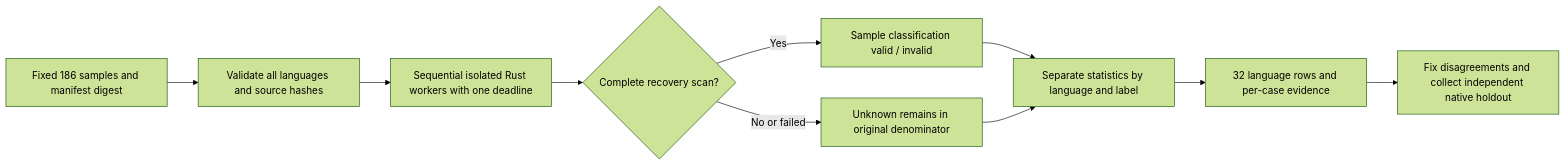
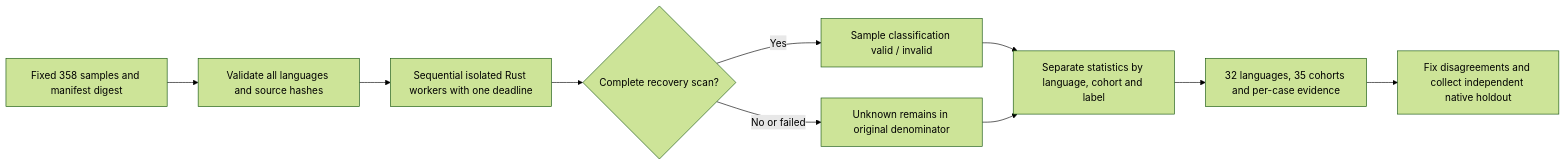
Before and after one commit to full-stack-plugins/codeguard: the diagram in docs/Codeguard-Grammar-Evaluation.md, drawn with Mermaid (forest theme). The commit also changed other lines of this file and 30 other files, not shown here.

````diff
--- a/docs/Codeguard-Grammar-Evaluation.md
+++ b/docs/Codeguard-Grammar-Evaluation.md
@@ -21,12 +21,12 @@
 ```mermaid
 flowchart LR
-    A[Fixed 186 samples and manifest digest] --> B[Validate all languages and source hashes]
+    A[Fixed 358 samples and manifest digest] --> B[Validate all languages and source hashes]
     B --> C[Sequential isolated Rust workers with one deadline]
     C --> D{Complete recovery scan?}
     D -->|Yes| E[Sample classification valid / invalid]
     D -->|No or failed| F[Unknown remains in original denominator]
-    E --> G[Separate statistics by language and label]
+    E --> G[Separate statistics by language, cohort and label]
     F --> G
-    G --> H[32 language rows and per-case evidence]
+    G --> H[32 languages, 35 cohorts and per-case evidence]
     H --> I[Fix disagreements and collect independent native holdout]
 ```
````
